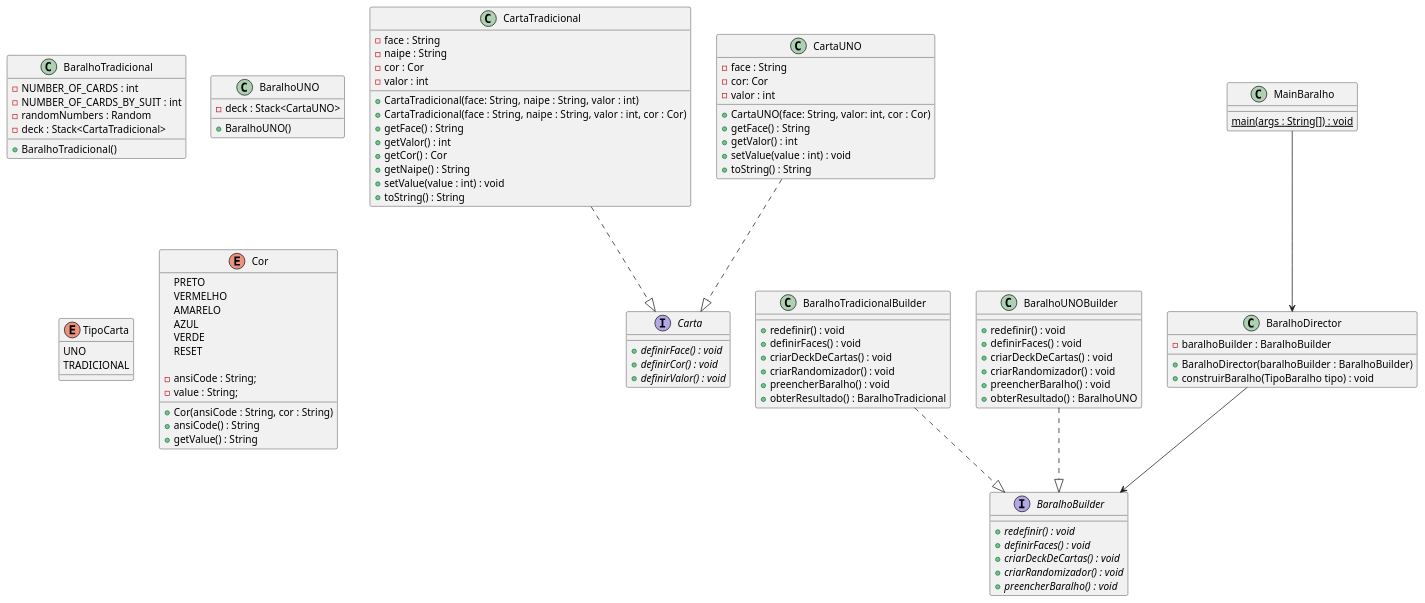
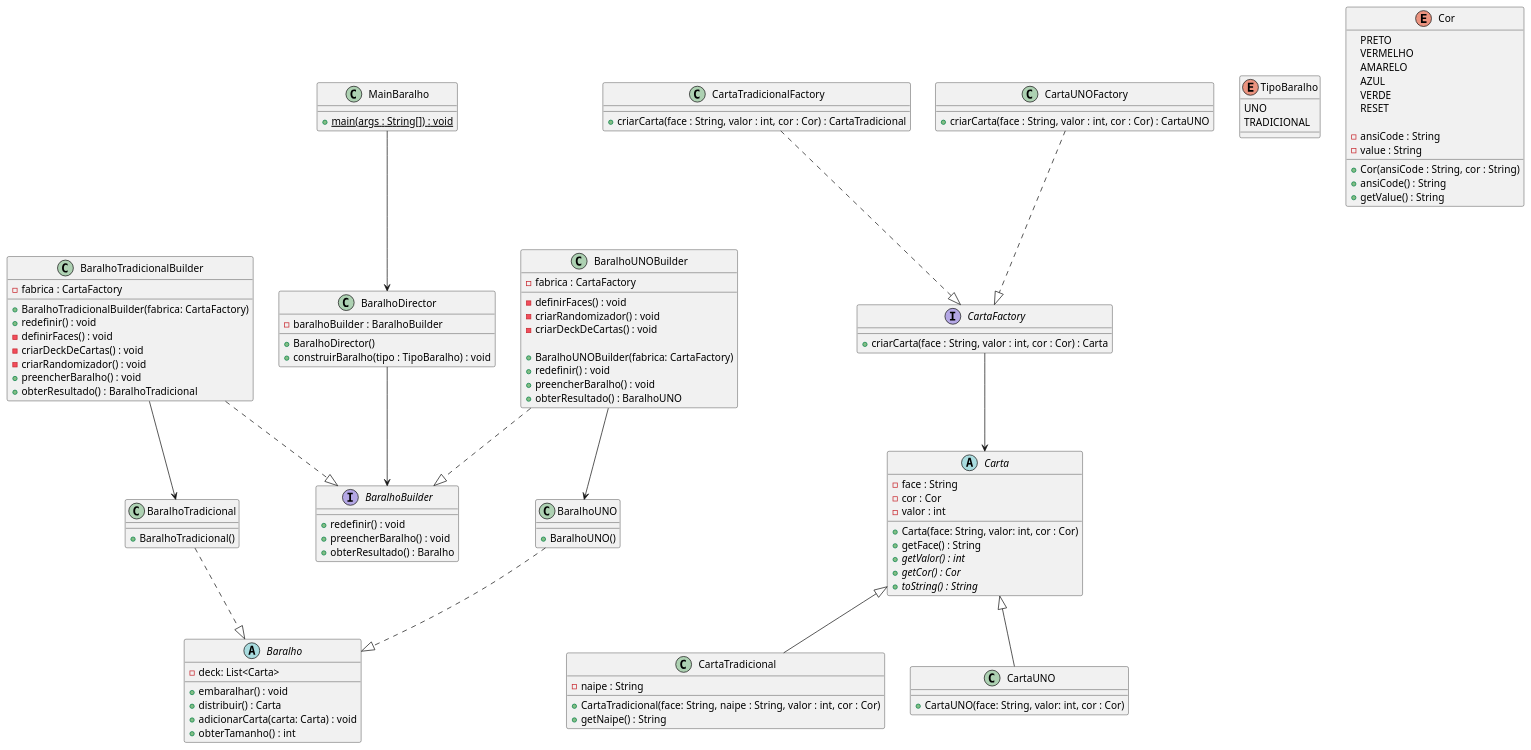
Before and after one commit to yagocdj/Segunda-colaborativa-padroes: the diagram in docs/diagrama_novo.plantuml, drawn with PlantUML.

Commit message:
docs: Atualiza o diagrama uml com Factory Method para criação de Cartas e Builder para criação de Baralhos

```diff
--- a/docs/diagrama_novo.plantuml
+++ b/docs/diagrama_novo.plantuml
@@ -1,131 +1,148 @@
 @startuml diagrama_com_factory
 
+'--------------------- Classes Baralho ---------------------
+abstract class Baralho {
+    - deck: List<Carta>
+
+    + embaralhar() : void
+    + distribuir() : Carta
+    + adicionarCarta(carta: Carta) : void
+    + obterTamanho() : int
+}
+
 class BaralhoTradicional {
-    - NUMBER_OF_CARDS : int
-    - NUMBER_OF_CARDS_BY_SUIT : int
-    - randomNumbers : Random
-    - deck : Stack<CartaTradicional>
-
-
     + BaralhoTradicional()
 }
 
 class BaralhoUNO {
-    - deck : Stack<CartaUNO>
-   
     + BaralhoUNO()
 }
 
-'--------------------- Carta ---------------------
+'--------------------- Classes Carta ---------------------
 
-class CartaTradicional {
+abstract class Carta {
     - face : String
-    - naipe : String
     - cor : Cor
     - valor : int
 
-    + CartaTradicional(face: String, naipe : String, valor : int)
-    + CartaTradicional(face : String, naipe : String, valor : int, cor : Cor)
+    + Carta(face: String, valor: int, cor : Cor)
     + getFace() : String
-    + getValor() : int
-    + getCor() : Cor
-    + getNaipe() : String
-    + setValue(value : int) : void
-    + toString() : String
+    + {abstract} getValor() : int
+    + {abstract} getCor() : Cor
+    + {abstract} toString() : String
 }
 
-class CartaUNO {
-    - face : String
-    - cor: Cor
-    - valor : int
+class CartaTradicional extends Carta {
+    - naipe : String
 
-    + CartaUNO(face: String, valor: int, cor : Cor)
-    + getFace() : String
-    + getValor() : int
-    + setValue(value : int) : void
-    + toString() : String
+    + CartaTradicional(face: String, naipe : String, valor : int, cor : Cor)
+    + getNaipe() : String
 }
 
-enum TipoCarta{
+class CartaUNO extends Carta {
+    + CartaUNO(face: String, valor: int, cor : Cor)
+}
+
+enum TipoBaralho {
     UNO
     TRADICIONAL
 }
 
 enum Cor {
-	PRETO
+    PRETO
     VERMELHO
-	AMARELO
+    AMARELO
     AZUL
     VERDE
-	RESET
-	
-	- ansiCode : String;
-	- value : String;
+    RESET
 
-	+ Cor(ansiCode : String, cor : String)
-	+ ansiCode() : String
-	+ getValue() : String
+    - ansiCode : String
+    - value : String
+
+    + Cor(ansiCode : String, cor : String)
+    + ansiCode() : String
+    + getValue() : String
 }
 
-'--------------------- Builder ---------------------
+'--------------------- Builder Pattern ---------------------
 
 interface BaralhoBuilder {
-    + {abstract} redefinir() : void
-    + {abstract} definirFaces() : void
-    + {abstract} criarDeckDeCartas() : void
-    + {abstract} criarRandomizador() : void
-    + {abstract} preencherBaralho() : void
+    + redefinir() : void
+    + preencherBaralho() : void
+    + obterResultado() : Baralho
 }
 
 class BaralhoTradicionalBuilder {
+    - fabrica : CartaFactory
+
+    + BaralhoTradicionalBuilder(fabrica: CartaFactory)
     + redefinir() : void
-    + definirFaces() : void
-    + criarDeckDeCartas() : void
-    + criarRandomizador() : void
+    - definirFaces() : void
+    - criarDeckDeCartas() : void
+    - criarRandomizador() : void
     + preencherBaralho() : void
     + obterResultado() : BaralhoTradicional
 }
 
 class BaralhoUNOBuilder {
+    - fabrica : CartaFactory
+
+    - definirFaces() : void
+    - criarRandomizador() : void
+    - criarDeckDeCartas() : void
+
+    + BaralhoUNOBuilder(fabrica: CartaFactory)
     + redefinir() : void
-    + definirFaces() : void
-    + criarDeckDeCartas() : void
-    + criarRandomizador() : void
     + preencherBaralho() : void
     + obterResultado() : BaralhoUNO
 }
 
 class BaralhoDirector {
     - baralhoBuilder : BaralhoBuilder
 
-    + BaralhoDirector(baralhoBuilder : BaralhoBuilder)
-    + construirBaralho(TipoBaralho tipo) : void
+    + BaralhoDirector()
+    + construirBaralho(tipo : TipoBaralho) : void
 }
 
-'--------------------- Factory method ---------------------
+'--------------------- Factory Method ---------------------
 
-interface Carta {
-    + {abstract} definirFace() : void
-    + {abstract} definirCor() : void
-    + {abstract} definirValor() : void
+interface CartaFactory {
+    + criarCarta(face : String, valor : int, cor : Cor) : Carta
+}
+
+class CartaTradicionalFactory {
+    + criarCarta(face : String, valor : int, cor : Cor) : CartaTradicional
+}
+
+class CartaUNOFactory {
+    + criarCarta(face : String, valor : int, cor : Cor) : CartaUNO
 }
 
 
 '--------------------- Cliente ---------------------
 
 class MainBaralho {
-    {static} main(args : String[]) : void
+    + {static} main(args : String[]) : void
 }
 
 '--------------------- Relacionamentos ---------------------
 
+MainBaralho --> BaralhoDirector
 BaralhoDirector --> BaralhoBuilder
-MainBaralho --> BaralhoDirector
+
+BaralhoTradicional ..|> Baralho
+BaralhoUNO ..|> Baralho
 
 BaralhoTradicionalBuilder ..|> BaralhoBuilder
 BaralhoUNOBuilder ..|> BaralhoBuilder
 
-CartaUNO ..|> Carta
-CartaTradicional ..|> Carta
+CartaTradicionalFactory ..|> CartaFactory
+CartaUNOFactory ..|> CartaFactory
+
+CartaFactory --> Carta
+
+BaralhoTradicionalBuilder --> BaralhoTradicional
+BaralhoUNOBuilder --> BaralhoUNO
+
 
 @enduml
```
